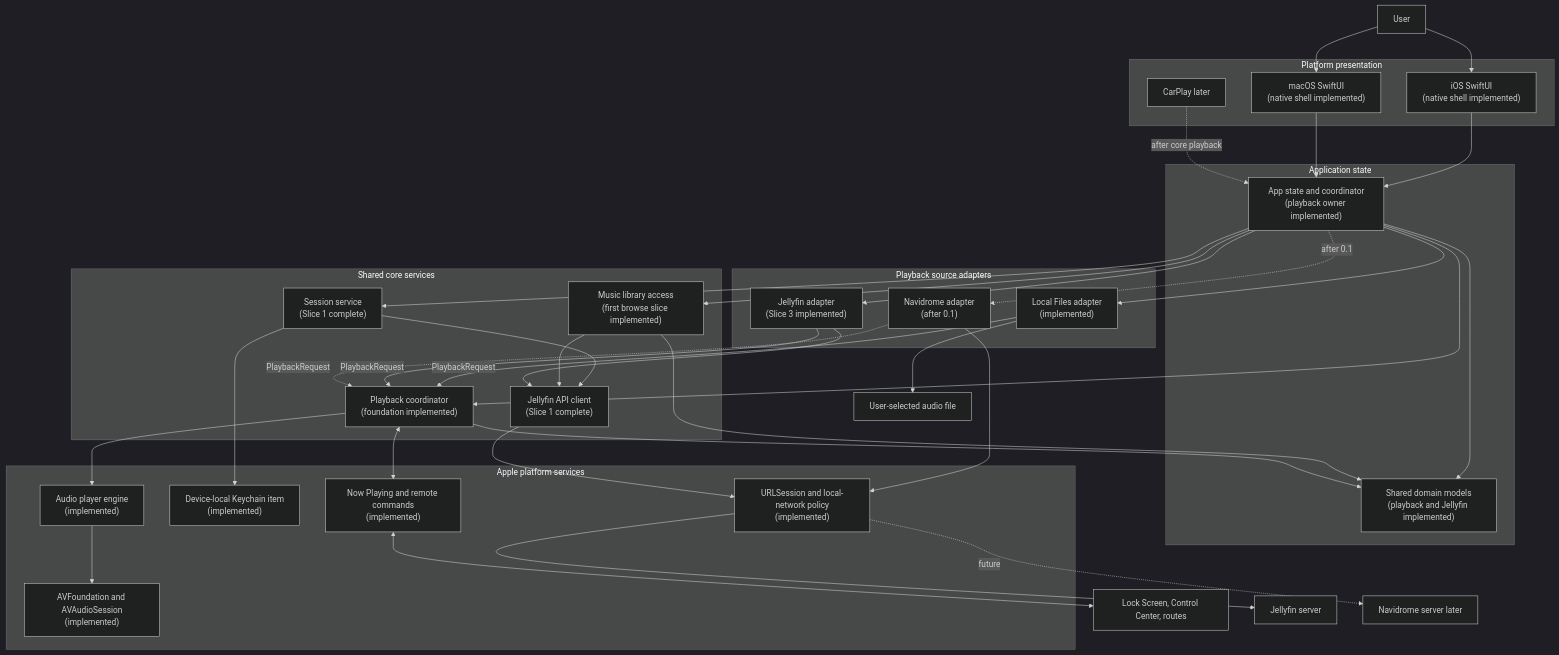
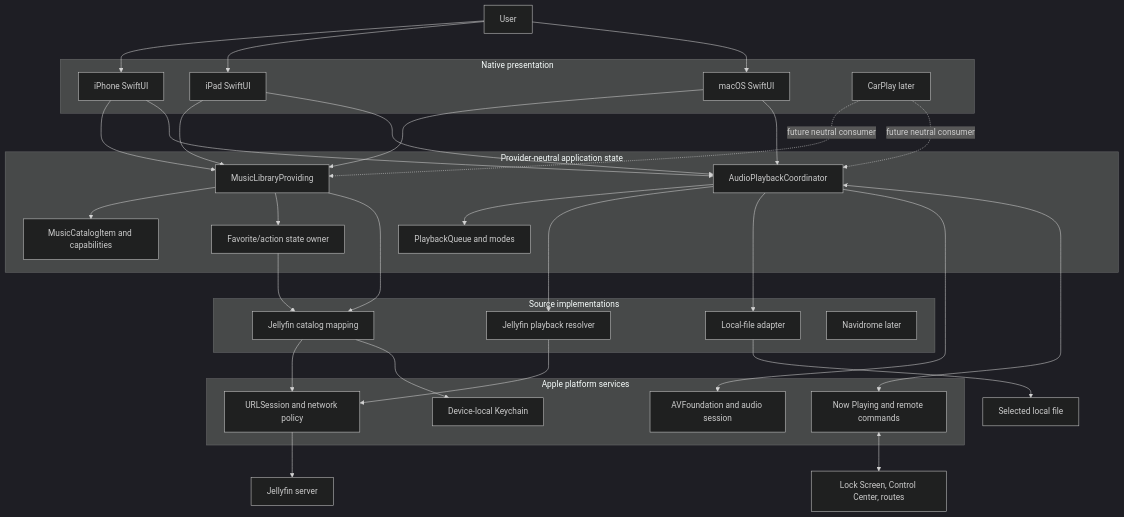
The first of 3 diagrams in docs/architecture.md (schillt/velacanto), drawn with Mermaid (dark theme) before and after one commit. The commit also changed other lines of this file and 31 other files, not shown here.

````diff
--- a/docs/architecture.md
+++ b/docs/architecture.md
@@ -11,74 +9,66 @@
 ```mermaid
 flowchart TB
     User["User"]
     SystemUI["Lock Screen, Control Center, routes"]
 
-    subgraph Presentation["Platform presentation"]
-        IOS["iOS SwiftUI<br/>(native shell implemented)"]
-        Mac["macOS SwiftUI<br/>(native shell implemented)"]
+    subgraph Presentation["Native presentation"]
+        IOS["iPhone SwiftUI"]
+        IPad["iPad SwiftUI"]
+        Mac["macOS SwiftUI"]
         CarPlay["CarPlay later"]
     end
 
-    subgraph Application["Application state"]
-        Coordinator["App state and coordinator<br/>(playback owner implemented)"]
-        Models["Shared domain models<br/>(playback and Jellyfin implemented)"]
+    subgraph Application["Provider-neutral application state"]
+        Catalog["MusicLibraryProviding"]
+        Items["MusicCatalogItem and capabilities"]
+        Actions["Favorite/action state owner"]
+        Player["AudioPlaybackCoordinator"]
+        Queue["PlaybackQueue and modes"]
     end
 
-    subgraph Core["Shared core services"]
-        Session["Session service<br/>(Slice 1 complete)"]
-        API["Jellyfin API client<br/>(Slice 1 complete)"]
-        Library["Music library access<br/>(first browse slice implemented)"]
-        Playback["Playback coordinator<br/>(foundation implemented)"]
+    subgraph Providers["Source implementations"]
+        JellyfinCatalog["Jellyfin catalog mapping"]
+        JellyfinPlayback["Jellyfin playback resolver"]
+        Local["Local-file adapter"]
+        Navidrome["Navidrome later"]
     end
 
-    subgraph Sources["Playback source adapters"]
-        LocalAdapter["Local Files adapter<br/>(implemented)"]
-        JellyfinAdapter["Jellyfin adapter<br/>(Slice 3 implemented)"]
-        NavidromeAdapter["Navidrome adapter<br/>(after 0.1)"]
+    subgraph Platform["Apple platform services"]
+        Networking["URLSession and network policy"]
+        Keychain["Device-local Keychain"]
+        AV["AVFoundation and audio session"]
+        Media["Now Playing and remote commands"]
     end
 
-    subgraph Apple["Apple platform services"]
-        Networking["URLSession and local-network policy<br/>(implemented)"]
-        Keychain["Device-local Keychain item<br/>(implemented)"]
-        Engine["Audio player engine<br/>(implemented)"]
-        AV["AVFoundation and AVAudioSession<br/>(implemented)"]
-        Media["Now Playing and remote commands<br/>(implemented)"]
-    end
-
-    LocalFile["User-selected audio file"]
     Jellyfin["Jellyfin server"]
-    Navidrome["Navidrome server later"]
+    LocalFile["Selected local file"]
 
     User --> IOS
+    User --> IPad
     User --> Mac
-    IOS --> Coordinator
-    Mac --> Coordinator
-    CarPlay -. "after core playback" .-> Coordinator
+    IOS --> Catalog
+    IPad --> Catalog
+    Mac --> Catalog
+    IOS --> Player
+    IPad --> Player
+    Mac --> Player
+    CarPlay -. "future neutral consumer" .-> Catalog
+    CarPlay -. "future neutral consumer" .-> Player
 
-    Coordinator --> Session
-    Coordinator --> Library
-    Coordinator --> Playback
-    Coordinator --> Models
-    Coordinator --> LocalAdapter
-    Coordinator --> JellyfinAdapter
-    Coordinator -. "after 0.1" .-> NavidromeAdapter
+    Catalog --> Items
+    Catalog --> Actions
+    Catalog --> JellyfinCatalog
+    Actions --> JellyfinCatalog
+    JellyfinCatalog --> Networking
+    Networking --> Jellyfin
 
-    Session --> API
-    Session --> Keychain
-    Library --> API
-    Library --> Models
-    Playback --> Models
-    LocalAdapter -- "PlaybackRequest" --> Playback
-    JellyfinAdapter -- "PlaybackRequest" --> Playback
-    NavidromeAdapter -. "PlaybackRequest" .-> Playback
-    LocalAdapter --> LocalFile
-    JellyfinAdapter --> API
-    NavidromeAdapter --> Networking
-    API --> Networking
-    Networking --> Jellyfin
-    Networking -. "future" .-> Navidrome
-    Playback --> Engine
-    Engine --> AV
-    Playback <--> Media
+    Player --> Queue
+    Player --> JellyfinPlayback
+    Player --> Local
+    JellyfinPlayback --> Networking
+    Local --> LocalFile
+    Player --> AV
+    Player <--> Media
     Media <--> SystemUI
+    JellyfinCatalog --> Keychain
 ```
````
